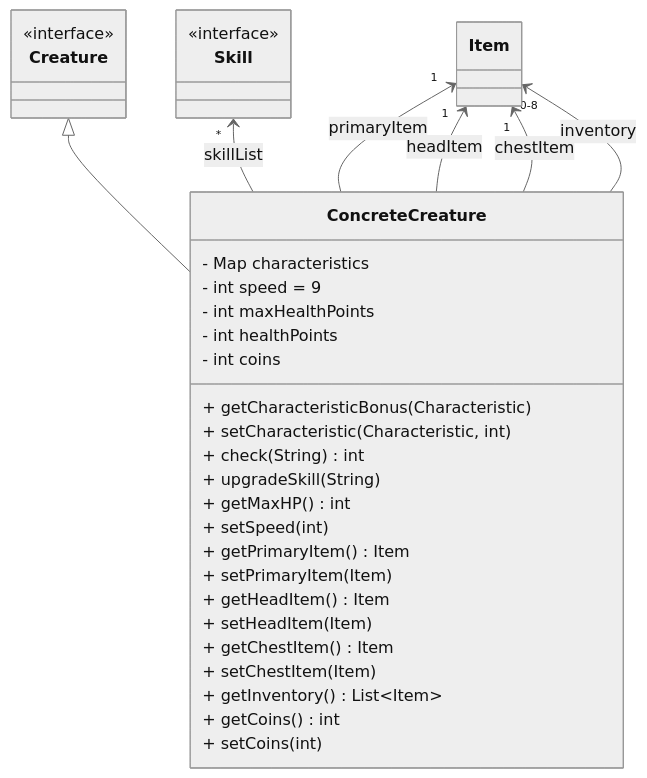
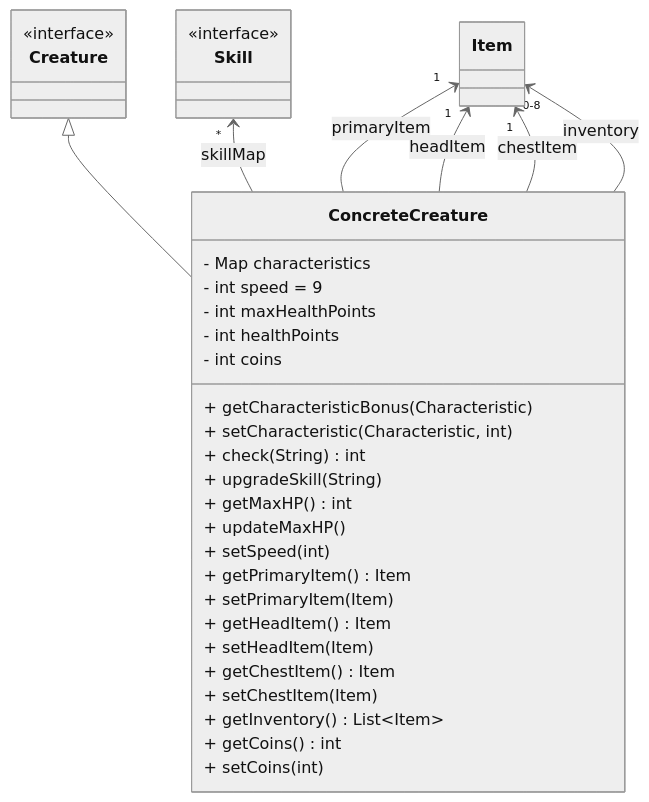
Diagram 11 of 37 in documentation/Version_0_1.md (StrangeClone/GreatGame), drawn with Mermaid (neutral theme) before and after one commit. The commit also changed other lines of this file and 16 other files, not shown here.

Commit message:
Version 0.1.4 - Created Skill and Creature package

````diff
--- a/documentation/Version_0_1.md
+++ b/documentation/Version_0_1.md
@@ -445,37 +444,38 @@
 ```mermaid
 classDiagram
     class Creature {
         <<interface>>
     }
     class Skill {
         <<interface>>
     }
     class ConcreteCreature {
         - Map<Characteristic,int> characteristics
         - int speed = 9
         - int maxHealthPoints
         - int healthPoints
         - int coins
         + getCharacteristicBonus(Characteristic)
         + setCharacteristic(Characteristic, int)
         + check(String) int
         + upgradeSkill(String)
         + getMaxHP() int
+        + updateMaxHP()
         + setSpeed(int)
         + getPrimaryItem() Item
         + setPrimaryItem(Item)
         + getHeadItem() Item
         + setHeadItem(Item)
         + getChestItem() Item
         + setChestItem(Item)
         + getInventory() List~Item~
         + getCoins() int
         + setCoins(int)
     }
     Creature <|-- ConcreteCreature
-    Skill "*" <-- ConcreteCreature : skillList
+    Skill "*" <-- ConcreteCreature : skillMap
     Item "1" <-- ConcreteCreature : primaryItem
     Item "1" <-- ConcreteCreature : headItem
     Item "1" <-- ConcreteCreature : chestItem
     Item "0-8" <-- ConcreteCreature : inventory
 ```
````
